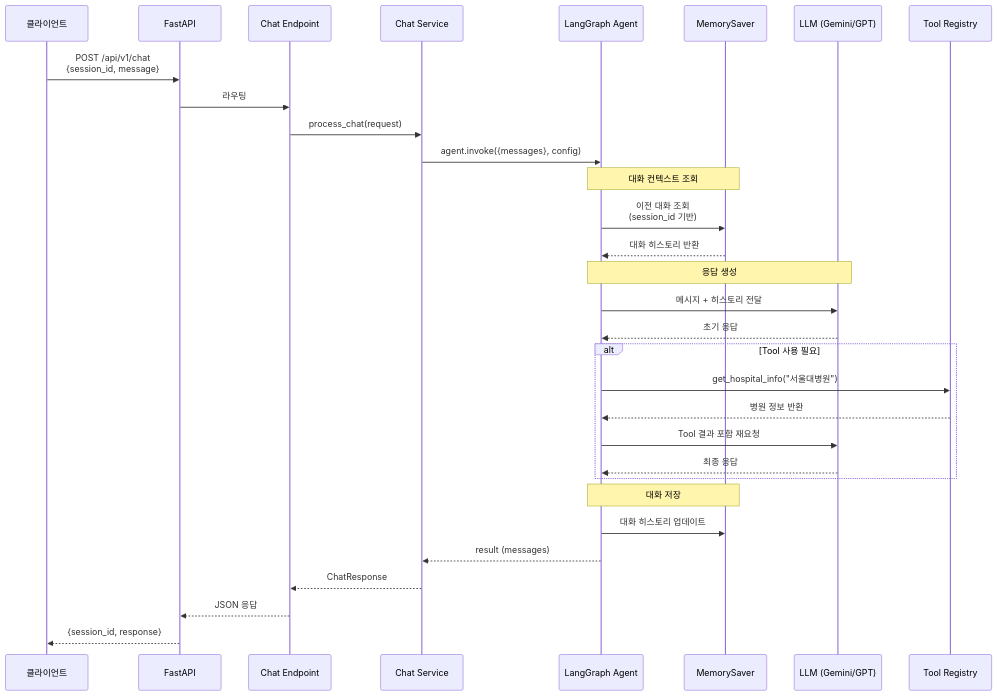
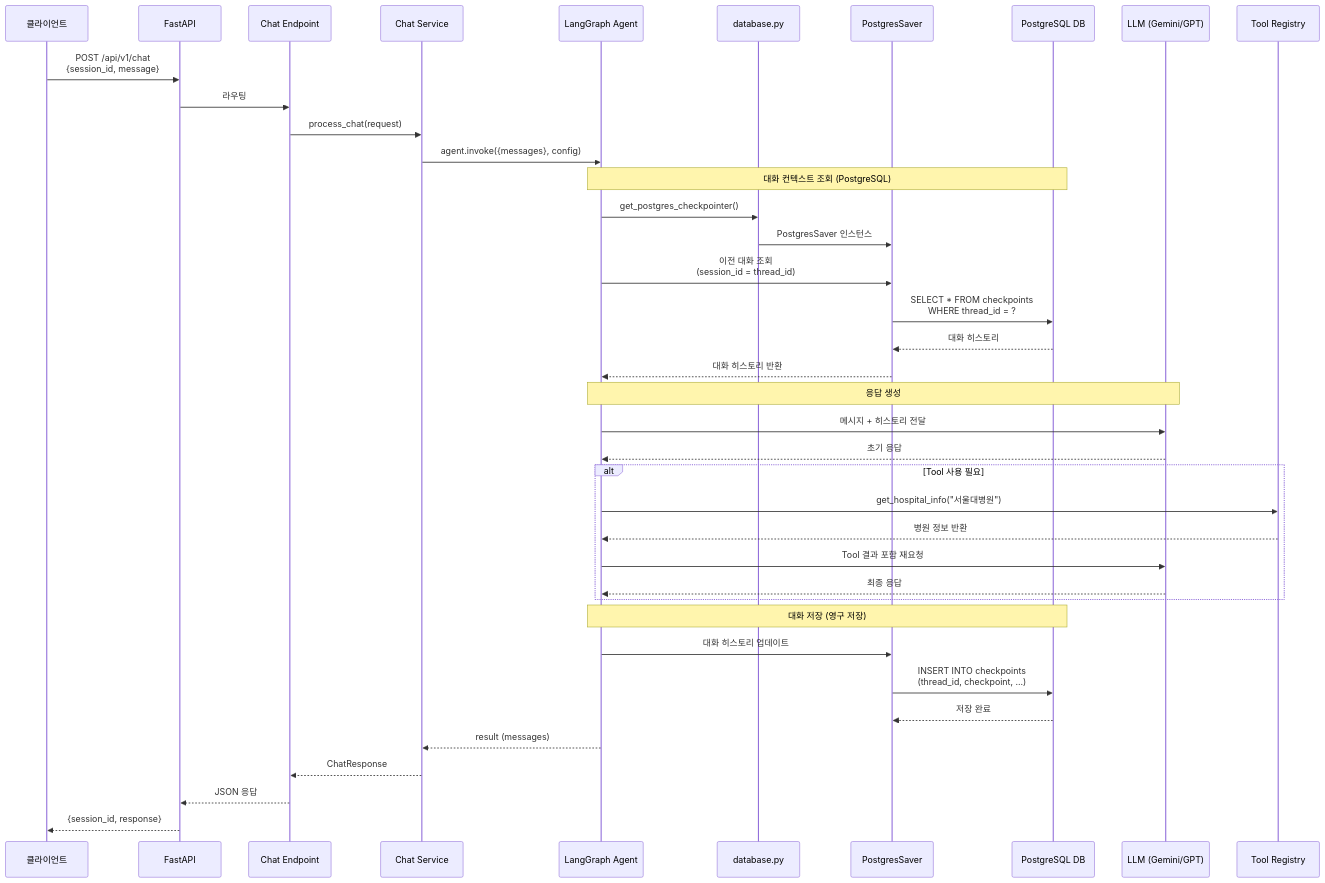
Before and after one commit to jchyng/KOSA_healthcare_team3: the second of 2 diagrams in documents/아키텍처.md, drawn with Mermaid. The commit also changed other lines of this file and 3 other files, not shown here.

````diff
--- a/documents/아키텍처.md
+++ b/documents/아키텍처.md
@@ -64,39 +79,47 @@
 ```mermaid
 sequenceDiagram
     participant C as 클라이언트
     participant API as FastAPI
     participant Endpoint as Chat Endpoint
     participant Service as Chat Service
     participant Agent as LangGraph Agent
-    participant Memory as MemorySaver
+    participant DB as database.py
+    participant PostgresSaver as PostgresSaver
+    participant PostgreSQL as PostgreSQL DB
     participant LLM as LLM (Gemini/GPT)
     participant Tool as Tool Registry
 
     C->>API: POST /api/v1/chat<br/>{session_id, message}
     API->>Endpoint: 라우팅
     Endpoint->>Service: process_chat(request)
     Service->>Agent: agent.invoke({messages}, config)
 
-    Note over Agent,Memory: 대화 컨텍스트 조회
-    Agent->>Memory: 이전 대화 조회<br/>(session_id 기반)
-    Memory-->>Agent: 대화 히스토리 반환
+    Note over Agent,PostgreSQL: 대화 컨텍스트 조회 (PostgreSQL)
+    Agent->>DB: get_postgres_checkpointer()
+    DB->>PostgresSaver: PostgresSaver 인스턴스
+    Agent->>PostgresSaver: 이전 대화 조회<br/>(session_id = thread_id)
+    PostgresSaver->>PostgreSQL: SELECT * FROM checkpoints<br/>WHERE thread_id = ?
+    PostgreSQL-->>PostgresSaver: 대화 히스토리
+    PostgresSaver-->>Agent: 대화 히스토리 반환
 
     Note over Agent,LLM: 응답 생성
     Agent->>LLM: 메시지 + 히스토리 전달
     LLM-->>Agent: 초기 응답
 
     alt Tool 사용 필요
         Agent->>Tool: get_hospital_info("서울대병원")
         Tool-->>Agent: 병원 정보 반환
         Agent->>LLM: Tool 결과 포함 재요청
         LLM-->>Agent: 최종 응답
     end
 
-    Note over Agent,Memory: 대화 저장
-    Agent->>Memory: 대화 히스토리 업데이트
+    Note over Agent,PostgreSQL: 대화 저장 (영구 저장)
+    Agent->>PostgresSaver: 대화 히스토리 업데이트
+    PostgresSaver->>PostgreSQL: INSERT INTO checkpoints<br/>(thread_id, checkpoint, ...)
+    PostgreSQL-->>PostgresSaver: 저장 완료
 
     Agent-->>Service: result (messages)
     Service-->>Endpoint: ChatResponse
     Endpoint-->>API: JSON 응답
     API-->>C: {session_id, response}
 ```
````
